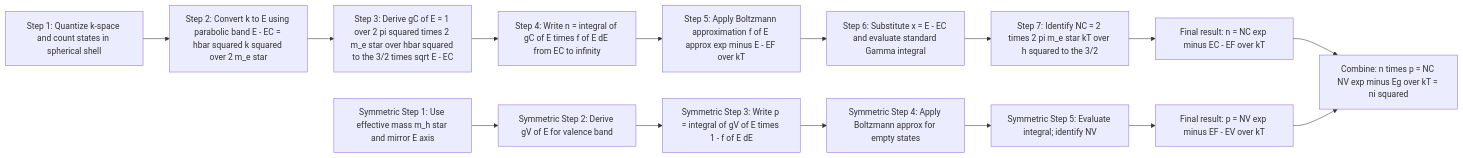
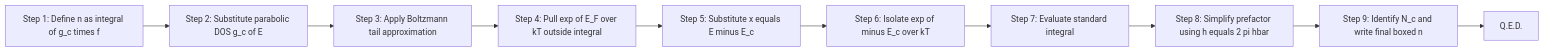
One commit to vishnuu-kr/ktunode changed the second of 3 diagrams in public/notes/computer-science-and-engineering/semester-1/gapht121-physics-for-information-science/03-module-3-semiconductor-physics/derivation-of-density-of-electrons-in-conduction-band-and-density-of-holes-in-valence-band/notes.md. Above: the diagram before and after it, drawn with Mermaid. The commit also changed other lines of this file and 4829 other files, not shown here.

````diff
--- a/public/notes/computer-science-and-engineering/semester-1/gapht121-physics-for-information-science/03-module-3-semiconductor-physics/derivation-of-density-of-electrons-in-conduction-band-and-density-of-holes-in-valence-band/notes.md
+++ b/public/notes/computer-science-and-engineering/semester-1/gapht121-physics-for-information-science/03-module-3-semiconductor-physics/derivation-of-density-of-electrons-in-conduction-band-and-density-of-holes-in-valence-band/notes.md
@@ -375,19 +447,12 @@
 ```mermaid
 flowchart LR
-    S1["Step 1: Quantize k-space and count states in spherical shell"] --> S2["Step 2: Convert k to E using parabolic band E - EC = hbar squared k squared over 2 m_e star"]
-    S2 --> S3["Step 3: Derive gC of E = 1 over 2 pi squared times 2 m_e star over hbar squared to the 3/2 times sqrt E - EC"]
-    S3 --> S4["Step 4: Write n = integral of gC of E times f of E dE from EC to infinity"]
-    S4 --> S5["Step 5: Apply Boltzmann approximation f of E approx exp minus E - EF over kT"]
-    S5 --> S6["Step 6: Substitute x = E - EC and evaluate standard Gamma integral"]
-    S6 --> S7["Step 7: Identify NC = 2 times 2 pi m_e star kT over h squared to the 3/2"]
-    S7 --> S8["Final result: n = NC exp minus EC - EF over kT"]
-
-    S1b["Symmetric Step 1: Use effective mass m_h star and mirror E axis"] --> S2b["Symmetric Step 2: Derive gV of E for valence band"]
-    S2b --> S3b["Symmetric Step 3: Write p = integral of gV of E times 1 - f of E dE"]
-    S3b --> S4b["Symmetric Step 4: Apply Boltzmann approx for empty states"]
-    S4b --> S5b["Symmetric Step 5: Evaluate integral; identify NV"]
-    S5b --> S6b["Final result: p = NV exp minus EF - EV over kT"]
-
-    S8 --> CONS["Combine: n times p = NC NV exp minus Eg over kT = ni squared"]
-    S6b --> CONS
+    stepA[Step 1: Define n as integral of g_c times f] --> stepB[Step 2: Substitute parabolic DOS g_c of E]
+    stepB --> stepC[Step 3: Apply Boltzmann tail approximation]
+    stepC --> stepD[Step 4: Pull exp of E_F over kT outside integral]
+    stepD --> stepE[Step 5: Substitute x equals E minus E_c]
+    stepE --> stepF[Step 6: Isolate exp of minus E_c over kT]
+    stepF --> stepG[Step 7: Evaluate standard integral]
+    stepG --> stepH[Step 8: Simplify prefactor using h equals 2 pi hbar]
+    stepH --> stepI[Step 9: Identify N_c and write final boxed n]
+    stepI --> stepJ[Q.E.D.]
 ```
````
